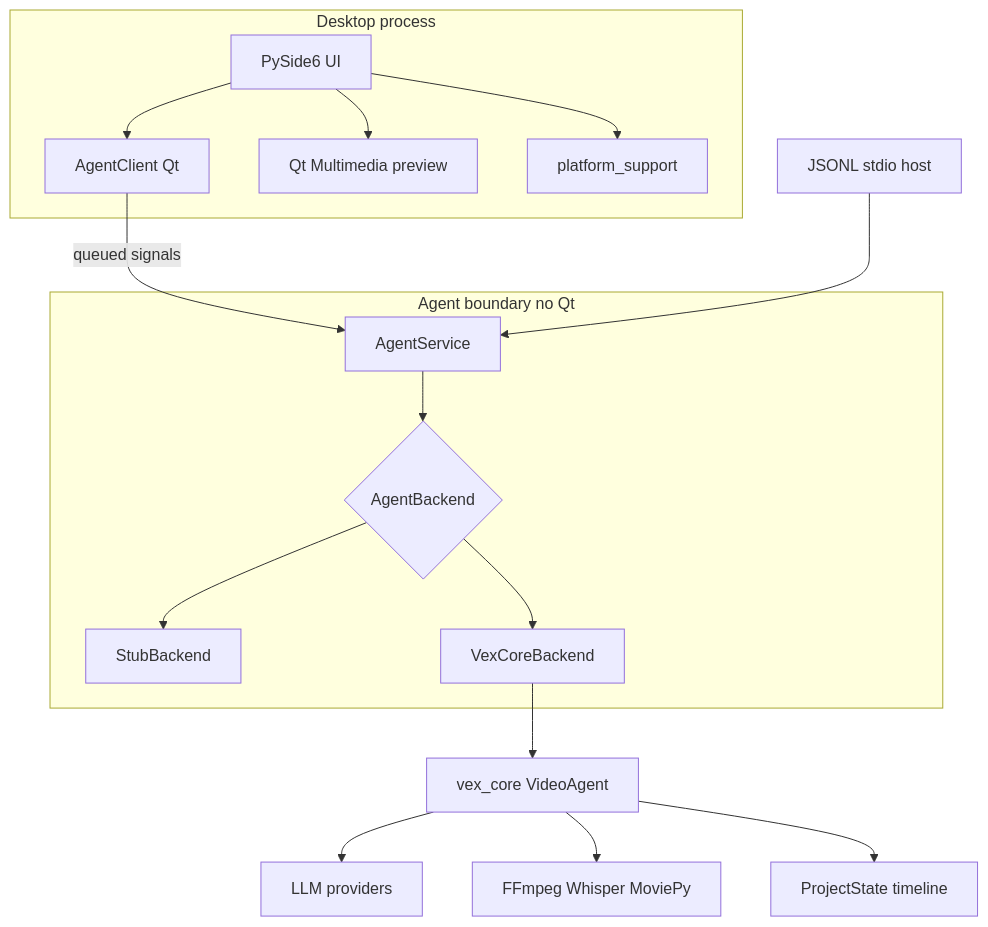
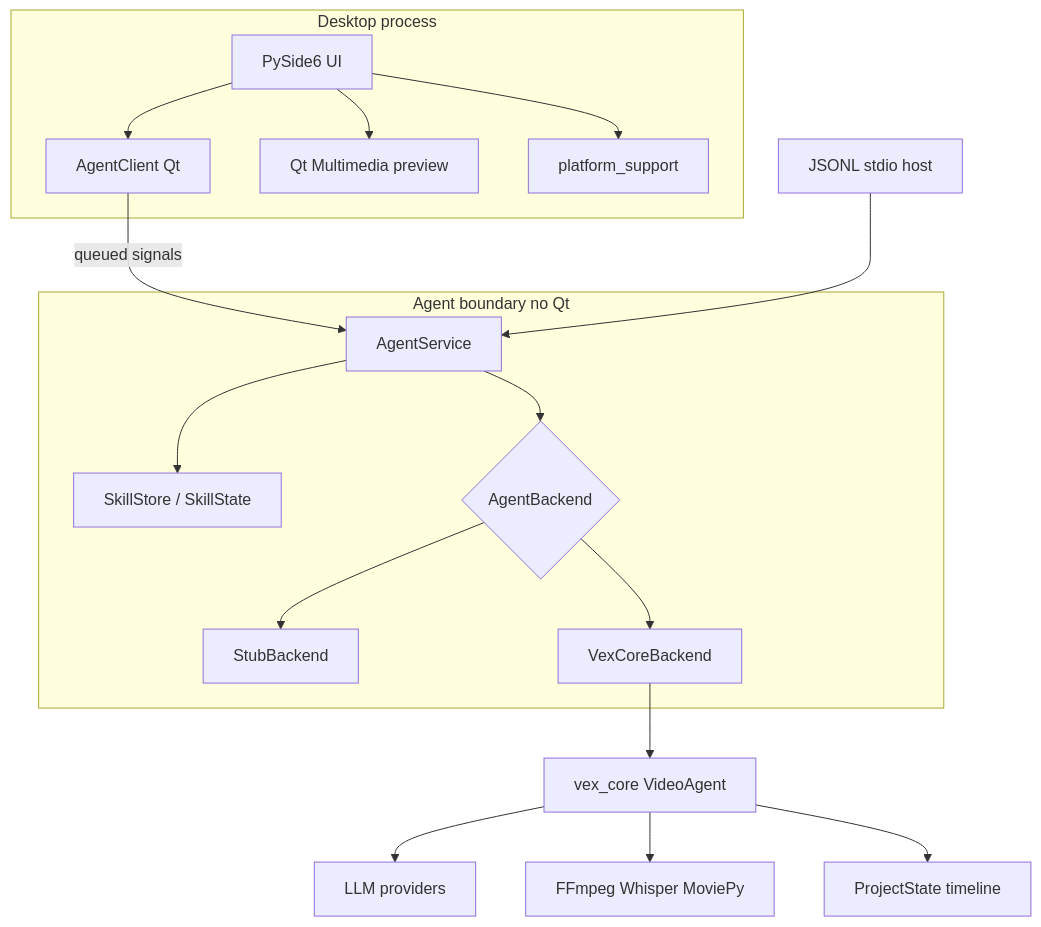
One commit to andrewmp1/Vex-Desktop-Video-Editor changed the diagram in docs/ARCHITECTURE.md. Above: the diagram before and after it, drawn with Mermaid. The commit also changed other lines of this file and 5 other files, not shown here.

````diff
--- a/docs/ARCHITECTURE.md
+++ b/docs/ARCHITECTURE.md
@@ -5,29 +5,31 @@
 ```mermaid
 graph TD
     UI[PySide6 UI] --> Client[AgentClient Qt]
     Client -->|queued signals| Service[AgentService]
     Stdio[JSONL stdio host] --> Service
+    Service --> Skills[SkillStore / SkillState]
     Service --> Backend{AgentBackend}
     Backend --> Stub[StubBackend]
     Backend --> Core[VexCoreBackend]
     Core --> Vex[vex_core VideoAgent]
     Vex --> LLM[LLM providers]
     Vex --> Tools[FFmpeg Whisper MoviePy]
     Vex --> State[ProjectState timeline]
     UI --> Preview[Qt Multimedia preview]
     UI --> Platform[platform_support]
 
     subgraph Desktop process
         UI
         Preview
         Client
         Platform
     end
 
     subgraph Agent boundary no Qt
         Service
+        Skills
         Backend
         Stub
         Core
     end
 ```
````
